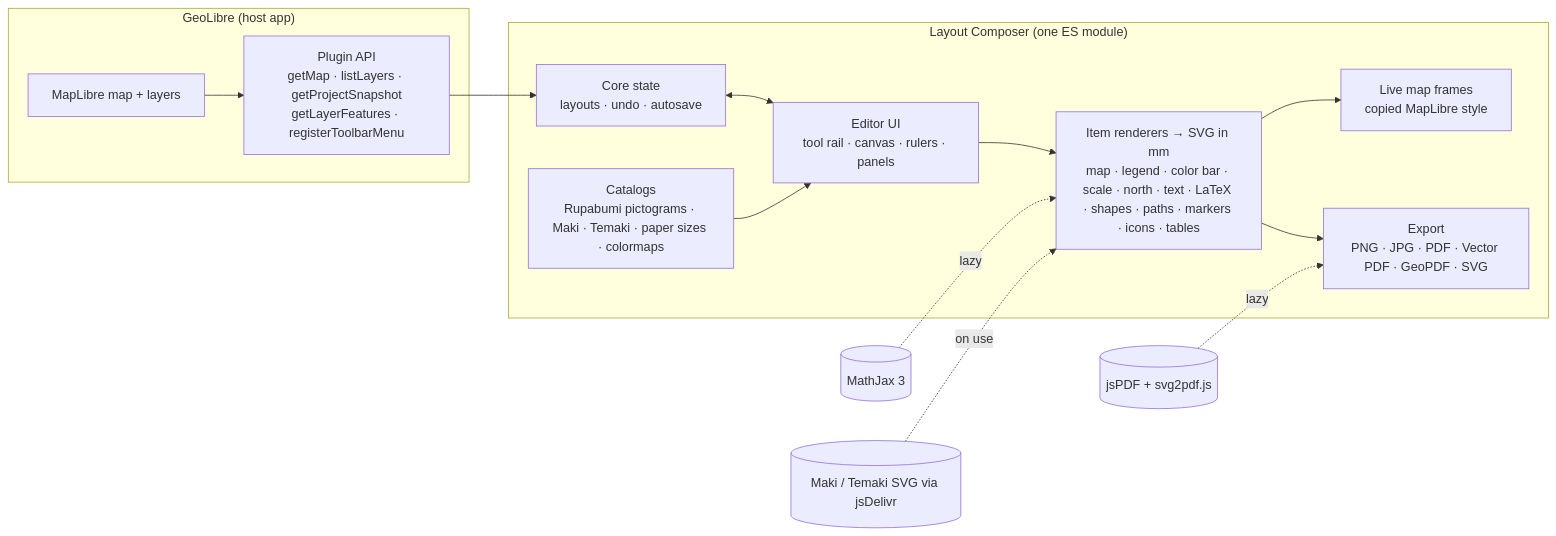
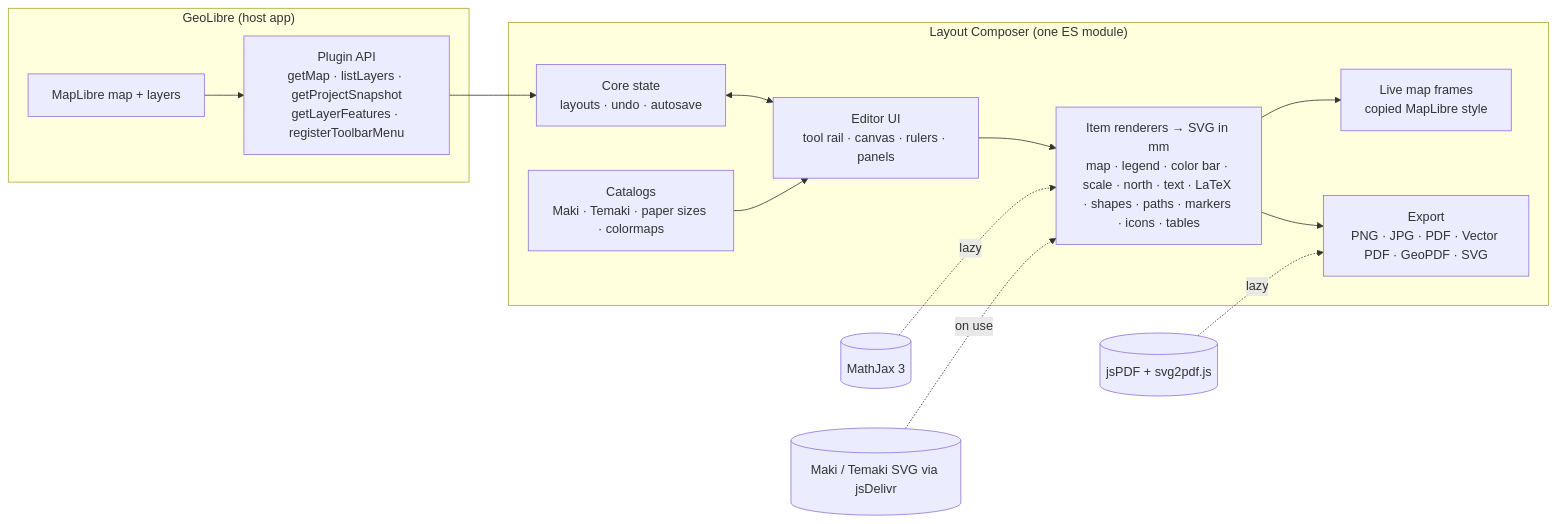
One commit to Defani/Geolibre-Laout-Composer changed the first of 3 diagrams in README.md. Above: the diagram before and after it, drawn with Mermaid. The commit also changed other lines of this file and 36 other files, not shown here.

````diff
--- a/README.md
+++ b/README.md
@@ -76,24 +100,24 @@
 ```mermaid
 flowchart LR
   subgraph Host["GeoLibre (host app)"]
     GL[MapLibre map + layers]
     API["Plugin API<br/>getMap · listLayers · getProjectSnapshot<br/>getLayerFeatures · registerToolbarMenu"]
   end
   subgraph Plugin["Layout Composer (one ES module)"]
     Core[Core state<br/>layouts · undo · autosave]
     UI[Editor UI<br/>tool rail · canvas · rulers · panels]
     Items[Item renderers → SVG in mm<br/>map · legend · color bar · scale · north · text · LaTeX · shapes · paths · markers · icons · tables]
     Maps[Live map frames<br/>copied MapLibre style]
-    Cat[Catalogs<br/>Rupabumi pictograms · Maki · Temaki · paper sizes · colormaps]
+    Cat[Catalogs<br/>Maki · Temaki · paper sizes · colormaps]
     Exp[Export<br/>PNG · JPG · PDF · Vector PDF · GeoPDF · SVG]
   end
   GL --> API --> Core
   Core <--> UI
   UI --> Items
   Items --> Maps
   Cat --> UI
   Items --> Exp
   MJ[(MathJax 3)] -.lazy.-> Items
   PDF[(jsPDF + svg2pdf.js)] -.lazy.-> Exp
   ICN[(Maki / Temaki SVG via jsDelivr)] -.on use.-> Items
 ```
````
